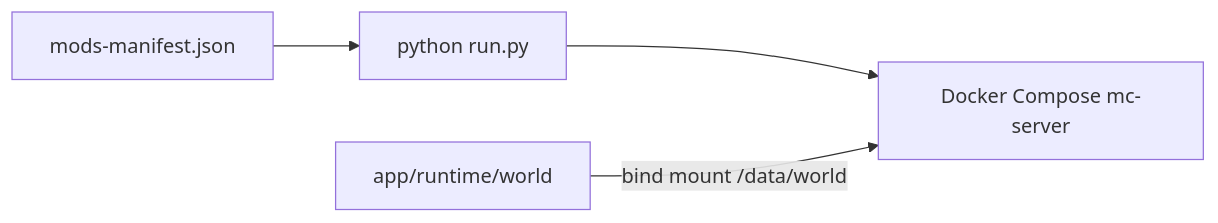
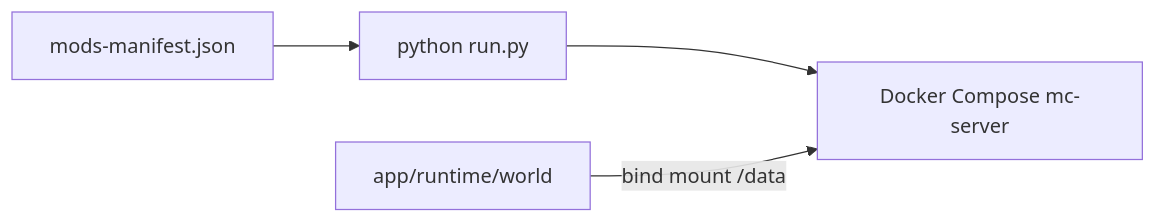
The second of 2 diagrams in docs/architecture.md (victorh-silveira/minecraft-core-server), drawn with Mermaid before and after one commit. The commit also changed other lines of this file and 48 other files, not shown here.

````diff
--- a/docs/architecture.md
+++ b/docs/architecture.md
@@ -47,10 +47,10 @@
 ```mermaid
 flowchart LR
   manifest[mods-manifest.json]
   sync[python run.py]
   compose[Docker Compose mc-server]
   runtime[app/runtime/world]
   manifest --> sync
   sync --> compose
-  runtime -->|bind mount /data/world| compose
+  runtime -->|bind mount /data| compose
 ```
````
